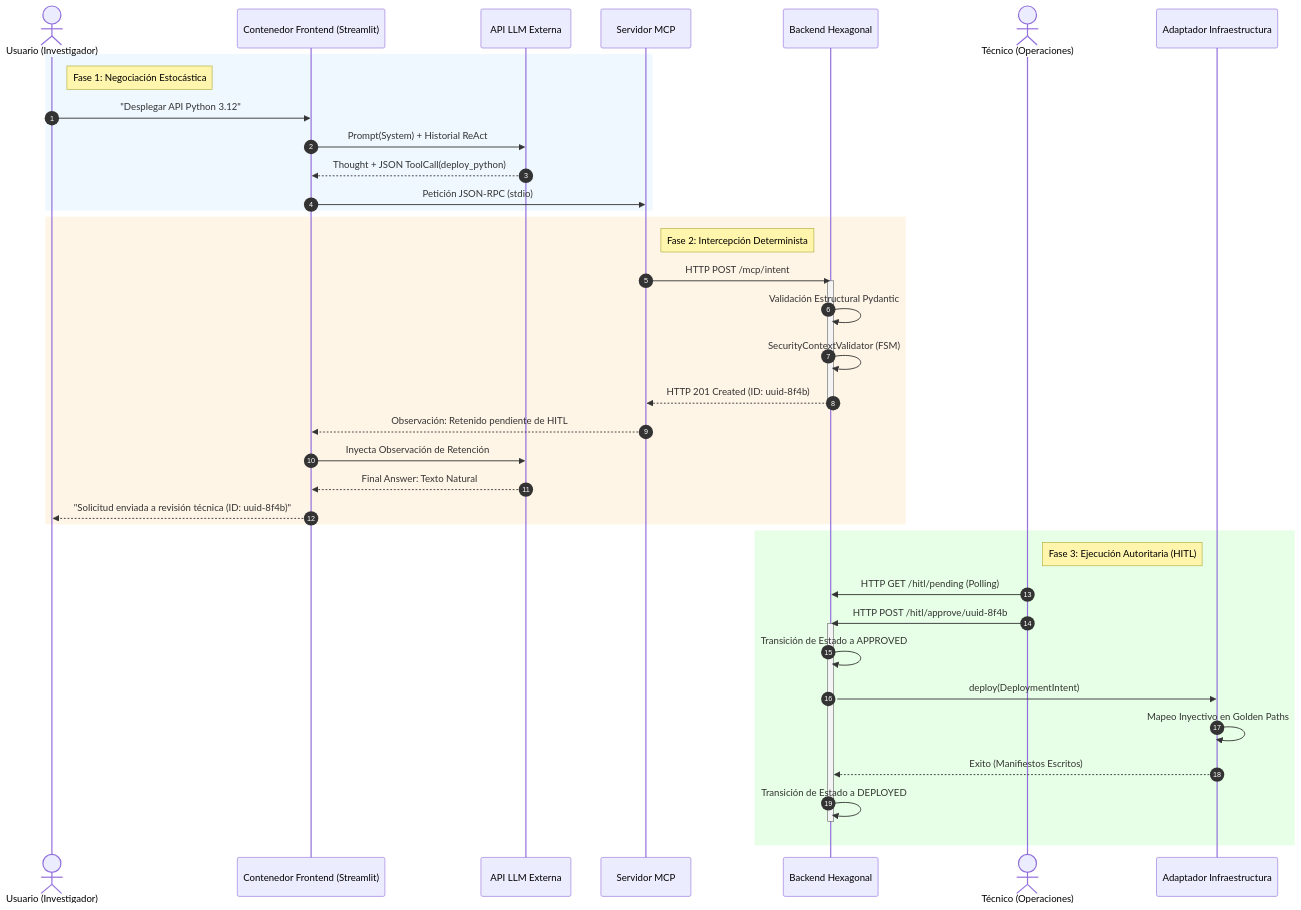
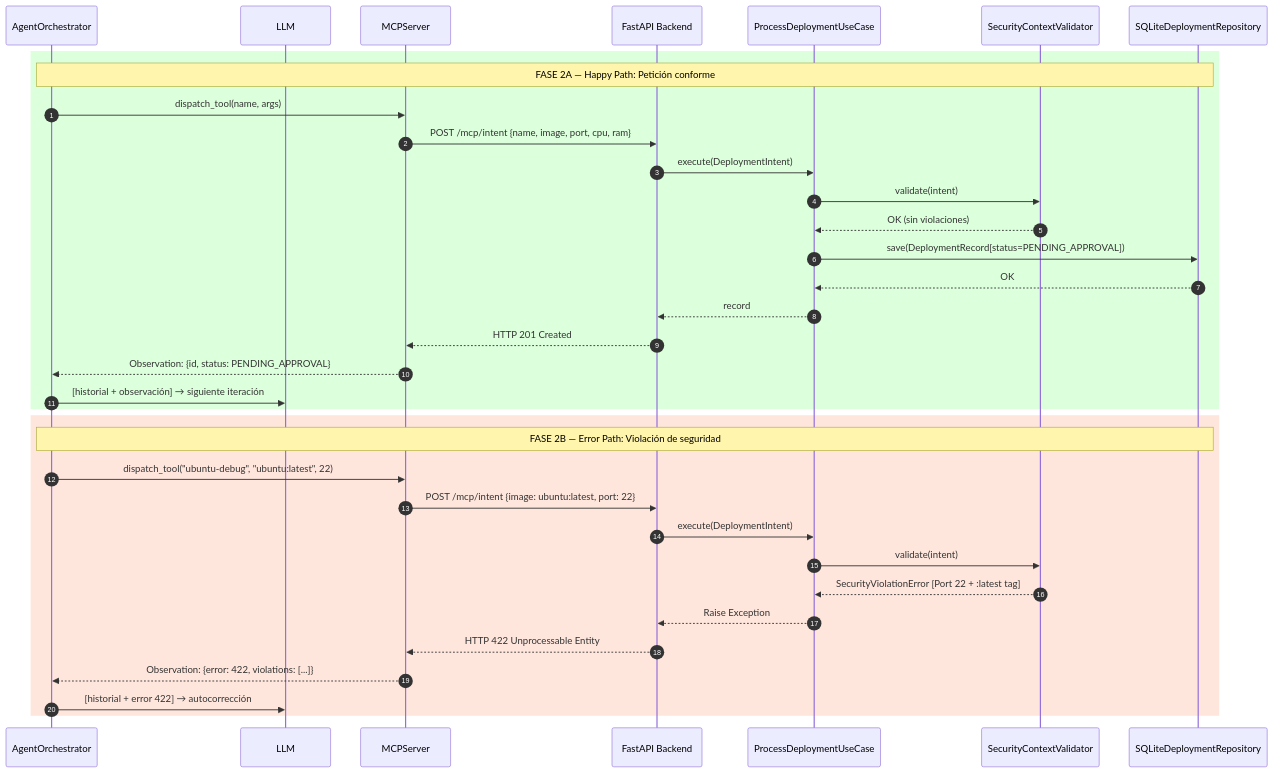
The sixth of 7 diagrams in memoria/4_Diseno_del_Sistema.md (JesusSolisOrtega/agentic-deployer), drawn with Mermaid before and after one commit. The commit also changed other lines of this file and 45 other files, not shown here.

````diff
--- a/memoria/4_Diseno_del_Sistema.md
+++ b/memoria/4_Diseno_del_Sistema.md
@@ -269,52 +386,41 @@
 ```mermaid
 sequenceDiagram
-    autonumber
-    actor U as Usuario (Investigador)
-    participant UI as Contenedor Frontend (Streamlit)
-    participant LLM as API LLM Externa
-    participant MCP as Servidor MCP
-    participant CORE as Backend Hexagonal
-    actor T as Técnico (Operaciones)
-    participant K8S as Adaptador Infraestructura
+  autonumber
+  participant Orch as AgentOrchestrator
+  participant LLM as LLM
+  participant MCP as MCPServer
+  participant API as FastAPI Backend
+  participant UseCase as ProcessDeploymentUseCase
+  participant Sec as SecurityContextValidator
+  participant Store as SQLiteDeploymentRepository
 
-    %% Fase 1: Negociación Cognitiva
-    rect rgb(240, 248, 255)
-        note right of U: Fase 1: Negociación Estocástica
-        U->>UI: "Desplegar API Python 3.12"
-        UI->>LLM: Prompt(System) + Historial ReAct
-        LLM-->>UI: Thought + JSON ToolCall(deploy_python)
-        UI->>MCP: Petición JSON-RPC (stdio)
-    end
-    
-    %% Fase 2: Frontera de Validación Hexagonal
-    rect rgb(255, 245, 230)
-        note right of MCP: Fase 2: Intercepción Determinista
-        MCP->>CORE: HTTP POST /mcp/intent
-        
-        activate CORE
-        CORE->>CORE: Validación Estructural Pydantic
-        CORE->>CORE: SecurityContextValidator (FSM)
-        CORE-->>MCP: HTTP 201 Created (ID: uuid-8f4b)
-        deactivate CORE
-        
-        MCP-->>UI: Observación: Retenido pendiente de HITL
-        UI->>LLM: Inyecta Observación de Retención
-        LLM-->>UI: Final Answer: Texto Natural
-        UI-->>U: "Solicitud enviada a revisión técnica (ID: uuid-8f4b)"
-    end
-    
-    %% Fase 3: Materialización Física Diferida
-    rect rgb(230, 255, 230)
-        note right of T: Fase 3: Ejecución Autoritaria (HITL)
-        T->>CORE: HTTP GET /hitl/pending (Polling)
-        T->>CORE: HTTP POST /hitl/approve/uuid-8f4b
-        
-        activate CORE
-        CORE->>CORE: Transición de Estado a APPROVED
-        CORE->>K8S: deploy(DeploymentIntent)
-        K8S->>K8S: Mapeo Inyectivo en Golden Paths
-        K8S-->>CORE: Exito (Manifiestos Escritos)
-        CORE->>CORE: Transición de Estado a DEPLOYED
-        deactivate CORE
-    end
+  %% ── CAMINO FELIZ ───────────────────────────────────────────────
+  rect rgb(220, 255, 220)
+    Note over Orch,Store: FASE 2A — Happy Path: Petición conforme
+    Orch->>MCP: dispatch_tool(name, args)
+    MCP->>API: POST /mcp/intent {name, image, port, cpu, ram}
+    API->>UseCase: execute(DeploymentIntent)
+    UseCase->>Sec: validate(intent)
+    Sec-->>UseCase: OK (sin violaciones)
+    UseCase->>Store: save(DeploymentRecord[status=PENDING_APPROVAL])
+    Store-->>UseCase: OK
+    UseCase-->>API: record
+    API-->>MCP: HTTP 201 Created
+    MCP-->>Orch: Observation: {id, status: PENDING_APPROVAL}
+    Orch->>LLM: [historial + observación] → siguiente iteración
+  end
+
+  %% ── CAMINO DE ERROR ────────────────────────────────────────────
+  rect rgb(255, 230, 220)
+    Note over Orch,Store: FASE 2B — Error Path: Violación de seguridad
+    Orch->>MCP: dispatch_tool("ubuntu-debug", "ubuntu:latest", 22)
+    MCP->>API: POST /mcp/intent {image: ubuntu:latest, port: 22}
+    API->>UseCase: execute(DeploymentIntent)
+    UseCase->>Sec: validate(intent)
+    Sec-->>UseCase: SecurityViolationError [Port 22 + :latest tag]
+    UseCase-->>API: Raise Exception
+    API-->>MCP: HTTP 422 Unprocessable Entity
+    MCP-->>Orch: Observation: {error: 422, violations: [...]}
+    Orch->>LLM: [historial + error 422] → autocorrección
+  end
 ```
````
